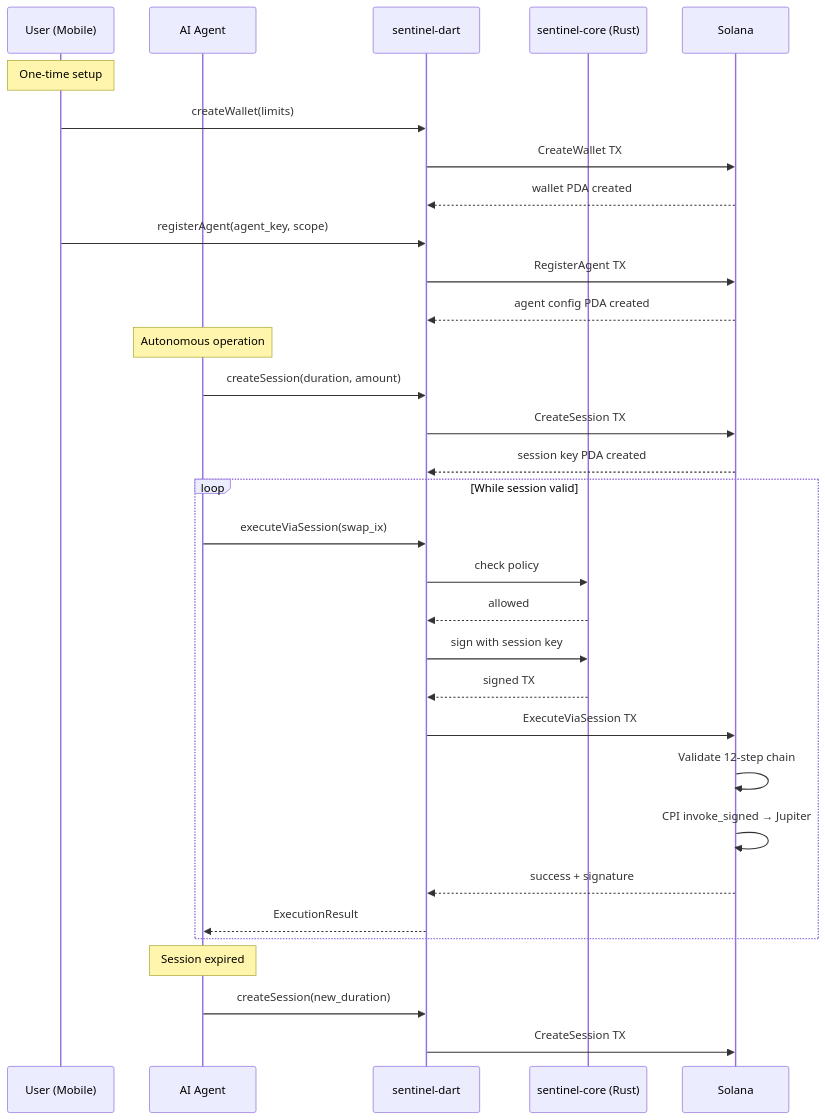
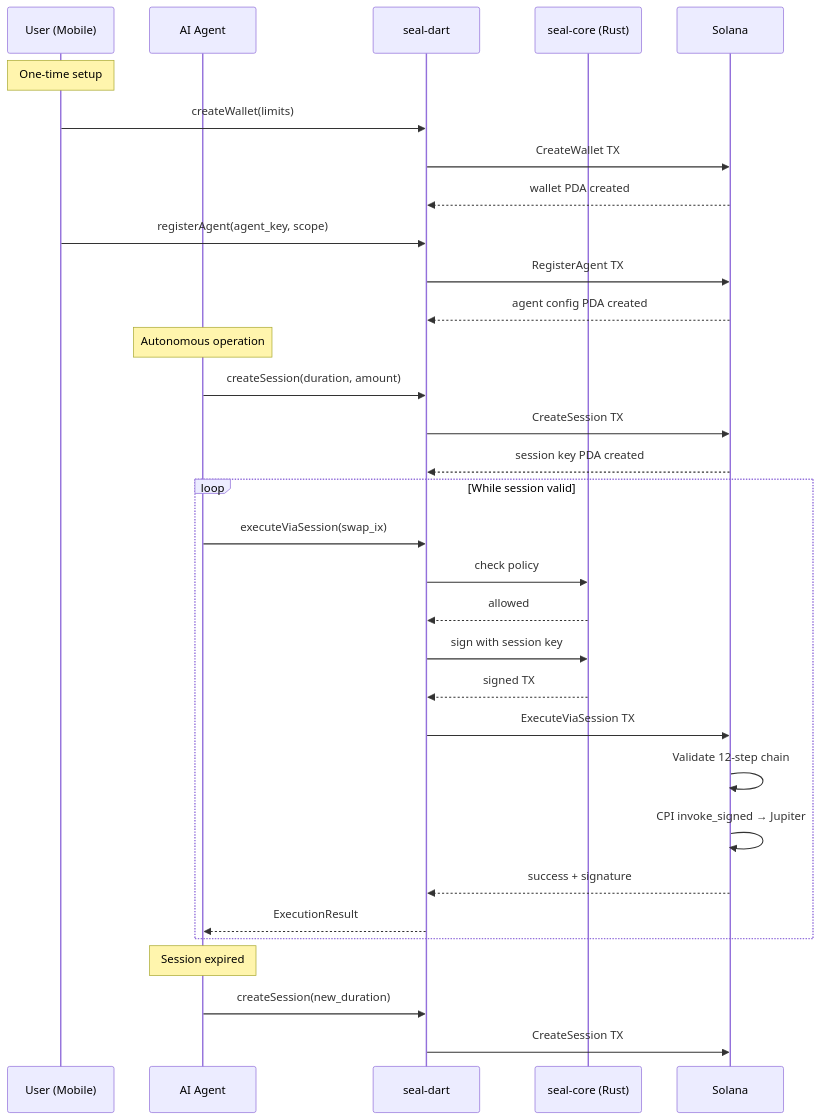
Before and after one commit to Immadominion/sentinel: the sixth of 8 diagrams in ARCHITECTURE.md, drawn with Mermaid. The commit also changed other lines of this file and 176 other files, not shown here.

Commit message:
REVAMP/ change name from Sentinel to Seal

````diff
--- a/ARCHITECTURE.md
+++ b/ARCHITECTURE.md
@@ -530,39 +530,39 @@
 ```mermaid
 sequenceDiagram
     participant User as User (Mobile)
     participant Agent as AI Agent
-    participant Dart as sentinel-dart
-    participant Core as sentinel-core (Rust)
+    participant Dart as seal-dart
+    participant Core as seal-core (Rust)
     participant Chain as Solana
 
     Note over User: One-time setup
     User->>Dart: createWallet(limits)
     Dart->>Chain: CreateWallet TX
     Chain-->>Dart: wallet PDA created
 
     User->>Dart: registerAgent(agent_key, scope)
     Dart->>Chain: RegisterAgent TX
     Chain-->>Dart: agent config PDA created
 
     Note over Agent: Autonomous operation
     Agent->>Dart: createSession(duration, amount)
     Dart->>Chain: CreateSession TX
     Chain-->>Dart: session key PDA created
 
     loop While session valid
         Agent->>Dart: executeViaSession(swap_ix)
         Dart->>Core: check policy
         Core-->>Dart: allowed
         Dart->>Core: sign with session key
         Core-->>Dart: signed TX
         Dart->>Chain: ExecuteViaSession TX
         Chain->>Chain: Validate 12-step chain
         Chain->>Chain: CPI invoke_signed → Jupiter
         Chain-->>Dart: success + signature
         Dart-->>Agent: ExecutionResult
     end
 
     Note over Agent: Session expired
     Agent->>Dart: createSession(new_duration)
     Dart->>Chain: CreateSession TX
 ```
````
